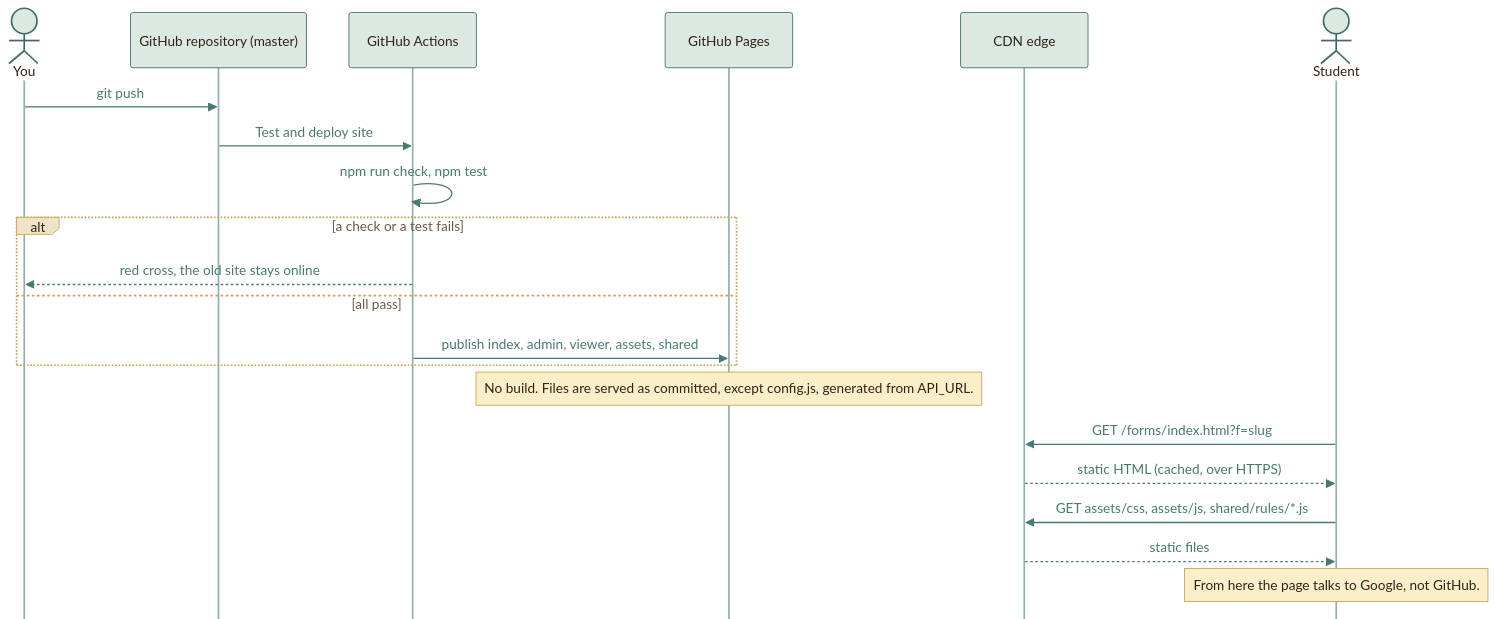
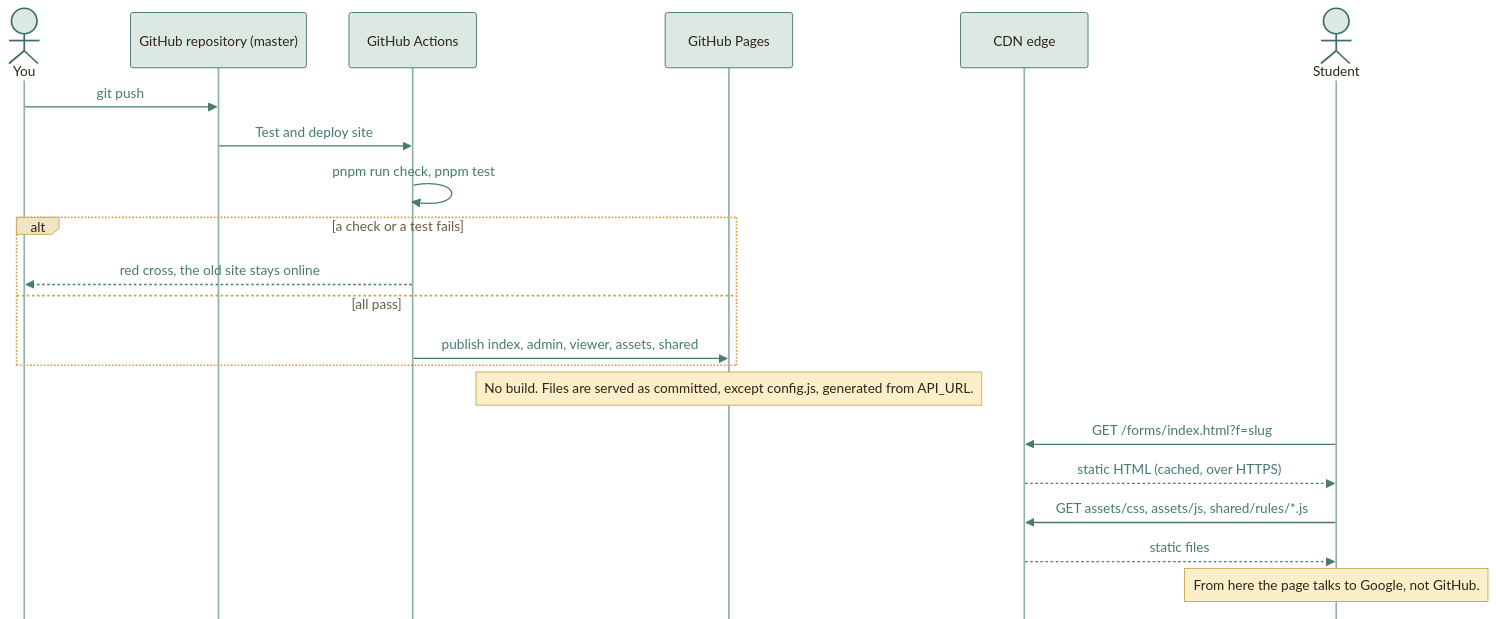
The second of 4 diagrams in docs/architecture/HOSTING.md (moyeh04/forms-platform), drawn with Mermaid before and after one commit. The commit also changed 26 other files, not shown here.

First line of the commit message:
build(deps): Install with pnpm in place of npm

````diff
--- a/docs/architecture/HOSTING.md
+++ b/docs/architecture/HOSTING.md
@@ -86,46 +86,46 @@
 ```mermaid
 %%{init: {
   'theme': 'base',
   'themeVariables': {
     'fontFamily': 'ui-sans-serif, system-ui, -apple-system, Segoe UI, Roboto, sans-serif',
     'fontSize': '15px',
     'primaryColor': '#DCE9E2', 'primaryBorderColor': '#3F6B66', 'primaryTextColor': '#2F2418',
     'secondaryColor': '#F0E4C8', 'secondaryBorderColor': '#C9A24A', 'secondaryTextColor': '#2F2418',
     'tertiaryColor': '#F6EFDC', 'tertiaryBorderColor': '#CDBB94', 'tertiaryTextColor': '#2F2418',
     'lineColor': '#3F6B66', 'textColor': '#2F2418', 'mainBkg': '#DCE9E2', 'nodeBorder': '#3F6B66',
     'clusterBkg': '#F6EFDC', 'clusterBorder': '#CDBB94', 'titleColor': '#2F2418',
     'edgeLabelBackground': '#F8F1DD',
     'actorBkg': '#DCE9E2', 'actorBorder': '#3F6B66', 'actorTextColor': '#2F2418', 'actorLineColor': '#8FB3AB',
     'signalColor': '#477A73', 'signalTextColor': '#477A73',
     'labelBoxBkgColor': '#F0E4C8', 'labelBoxBorderColor': '#C9A24A', 'labelTextColor': '#2F2418', 'loopTextColor': '#6A5A44',
     'noteBkgColor': '#FBEFC9', 'noteBorderColor': '#C9A24A', 'noteTextColor': '#2F2418',
     'activationBkgColor': '#DCE9E2', 'activationBorderColor': '#3F6B66', 'sequenceNumberColor': '#F8F1DD',
     'transitionColor': '#3F6B66', 'stateLabelColor': '#2F2418', 'stateBkg': '#DCE9E2', 'altBackground': '#F6EFDC',
     'attributeBackgroundColorOdd': '#F8F1DD', 'attributeBackgroundColorEven': '#F0E4C8'
   },
   'flowchart': {'curve': 'basis', 'padding': 14, 'nodeSpacing': 40, 'rankSpacing': 46},
   'sequence': {'mirrorActors': false, 'messageMargin': 34, 'boxMargin': 8}
 }}%%
 sequenceDiagram
     actor Dev as You
     participant Git as GitHub repository (master)
     participant CI as GitHub Actions
     participant Pages as GitHub Pages
     participant CDN as CDN edge
     actor Stu as Student
 
     Dev->>Git: git push
     Git->>CI: Test and deploy site
-    CI->>CI: npm run check, npm test
+    CI->>CI: pnpm run check, pnpm test
     alt a check or a test fails
         CI-->>Dev: red cross, the old site stays online
     else all pass
         CI->>Pages: publish index, admin, viewer, assets, shared
     end
     Note over Pages: No build. Files are served as committed, except config.js, generated from API_URL.
     Stu->>CDN: GET /forms/index.html?f=slug
     CDN-->>Stu: static HTML (cached, over HTTPS)
     Stu->>CDN: GET assets/css, assets/js, shared/rules/*.js
     CDN-->>Stu: static files
     Note over Stu: From here the page talks to Google, not GitHub.
 ```
````
